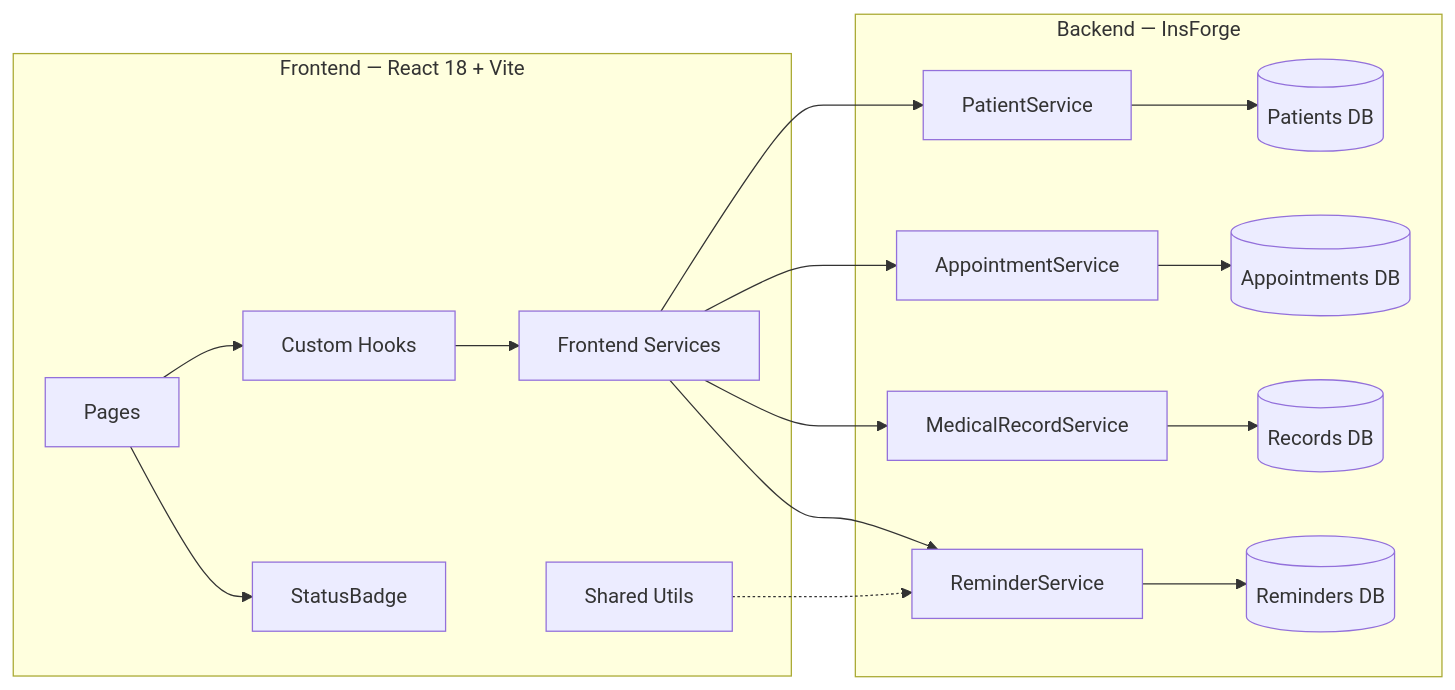
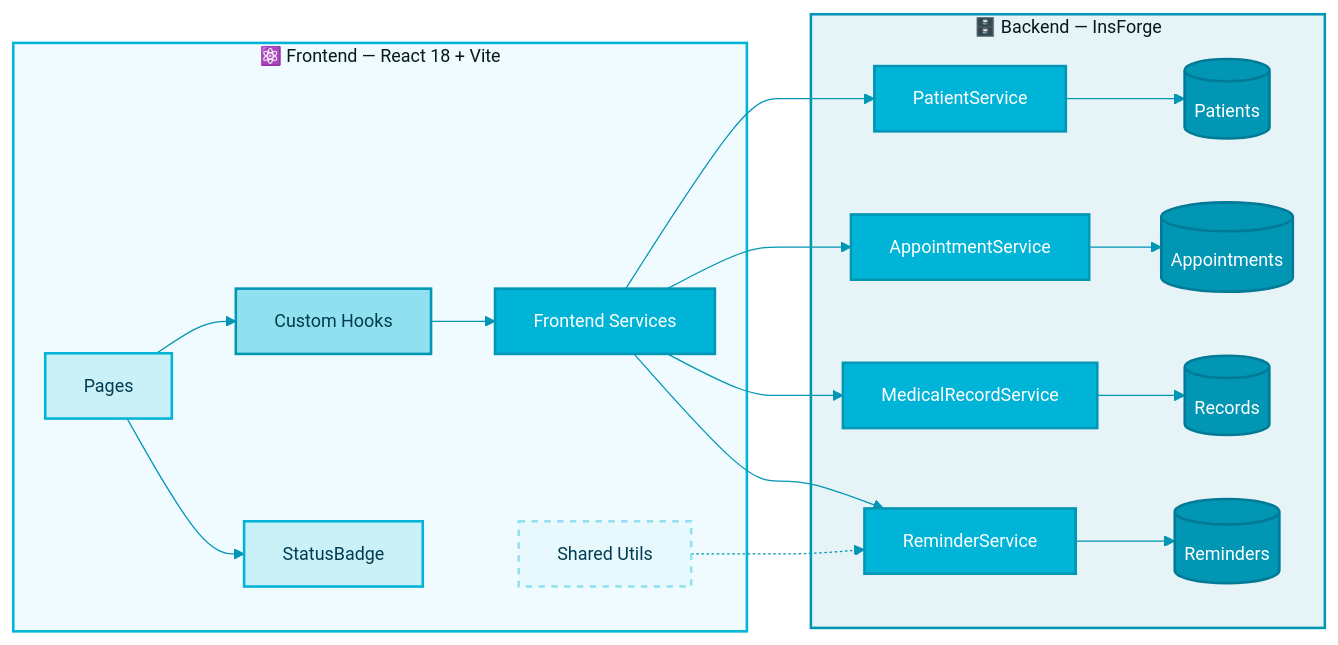
The first of 4 diagrams in docs/01-arquitectura.md (juradoger/medil-crm), drawn with Mermaid before and after one commit. The commit also changed other lines of this file and 3 other files, not shown here.

First line of the commit message:
docs: toggle de idioma por documento y diagramas con colores de marca

````diff
--- a/docs/01-arquitectura.md
+++ b/docs/01-arquitectura.md
@@ -43,30 +22,46 @@
 ```mermaid
+%%{init: {'theme': 'base', 'themeVariables': {'primaryColor': '#CAF0F8', 'primaryBorderColor': '#00B4D8', 'lineColor': '#0096B4', 'fontSize': '14px'}}}%%
 graph LR
-    subgraph FE["Frontend — React 18 + Vite"]
+    classDef page  fill:#CAF0F8,stroke:#00B4D8,stroke-width:2px,color:#003d52
+    classDef hook  fill:#90E0EF,stroke:#0096B4,stroke-width:2px,color:#003d52
+    classDef svc   fill:#00B4D8,stroke:#0096B4,stroke-width:2px,color:#fff
+    classDef db    fill:#0096B4,stroke:#007a96,stroke-width:2px,color:#fff
+    classDef util  fill:#e8f9fd,stroke:#90E0EF,stroke-width:2px,stroke-dasharray:5,color:#003d52
+
+    subgraph FE["⚛️  Frontend — React 18 + Vite"]
         PAGES[Pages]
         HOOKS[Custom Hooks]
         COMP[StatusBadge]
         SVCF[Frontend Services]
         CONST[Shared Utils]
     end
 
-    subgraph BE["Backend — InsForge"]
+    subgraph BE["🗄️  Backend — InsForge"]
         SVC_PAT[PatientService]
-        DB_PAT[(Patients DB)]
+        DB_PAT[(Patients)]
         SVC_APT[AppointmentService]
-        DB_APT[(Appointments DB)]
+        DB_APT[(Appointments)]
         SVC_REC[MedicalRecordService]
-        DB_REC[(Records DB)]
+        DB_REC[(Records)]
         SVC_REM[ReminderService]
-        DB_REM[(Reminders DB)]
+        DB_REM[(Reminders)]
     end
 
     PAGES --> HOOKS
     PAGES --> COMP
     HOOKS --> SVCF
     SVCF --> SVC_PAT --> DB_PAT
     SVCF --> SVC_APT --> DB_APT
     SVCF --> SVC_REC --> DB_REC
     SVCF --> SVC_REM --> DB_REM
     CONST -.-> SVC_REM
+
+    class PAGES,COMP page
+    class HOOKS hook
+    class SVCF,SVC_PAT,SVC_APT,SVC_REC,SVC_REM svc
+    class DB_PAT,DB_APT,DB_REC,DB_REM db
+    class CONST util
+
+    style FE fill:#f0fbff,stroke:#00B4D8,stroke-width:2px
+    style BE fill:#e6f4f8,stroke:#0096B4,stroke-width:2px
 ```
````
